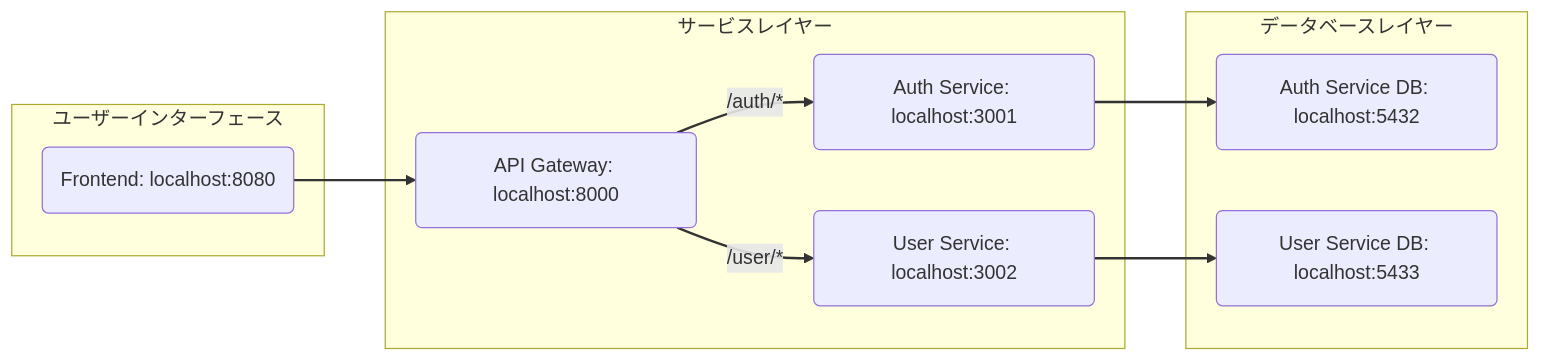
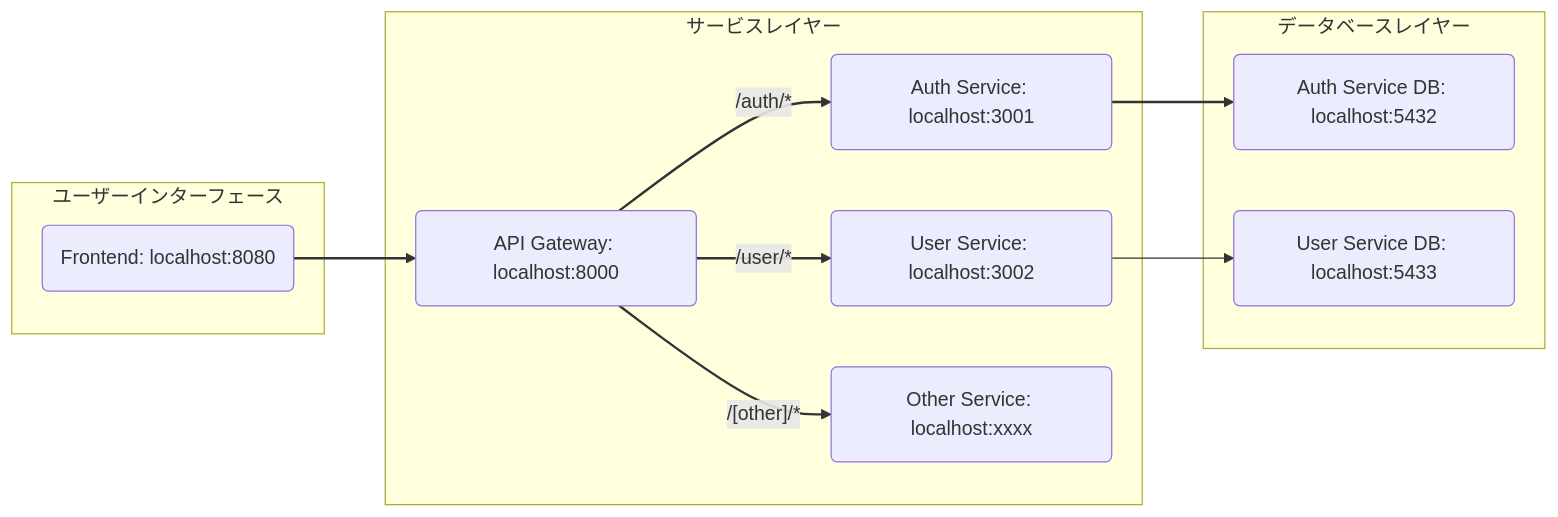
Before and after one commit to ka-stella/msa-playground: the diagram in README.md, drawn with Mermaid. The commit also changed other lines of this file and 29 other files, not shown here.

````diff
--- a/README.md
+++ b/README.md
@@ -2,31 +13,33 @@
 ```mermaid
 graph LR
     subgraph ユーザーインターフェース
         F(Frontend: localhost:8080)
     end
 
     subgraph サービスレイヤー
         AG(API Gateway: localhost:8000)
         AS(Auth Service: localhost:3001)
         US(User Service: localhost:3002)
+        OS(Other Service: localhost:xxxx)
     end
 
     subgraph データベースレイヤー
         ASDB(Auth Service DB: localhost:5432)
         USDB(User Service DB: localhost:5433)
     end
 
     F --> AG
 
     AG -- /auth/* --> AS
     AG -- /user/* --> US
+    AG -- /[other]/* --> OS
 
     AS --> ASDB
     US --> USDB
 
     linkStyle 0 stroke:#333,stroke-width:2px,fill:none;
     linkStyle 1 stroke:#333,stroke-width:2px,fill:none;
     linkStyle 2 stroke:#333,stroke-width:2px,fill:none;
     linkStyle 3 stroke:#333,stroke-width:2px,fill:none;
     linkStyle 4 stroke:#333,stroke-width:2px,fill:none;
 ```
````
